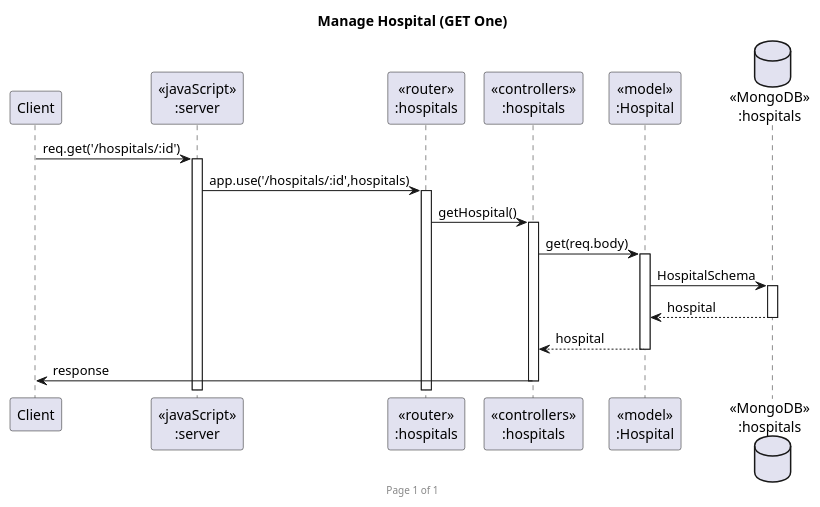
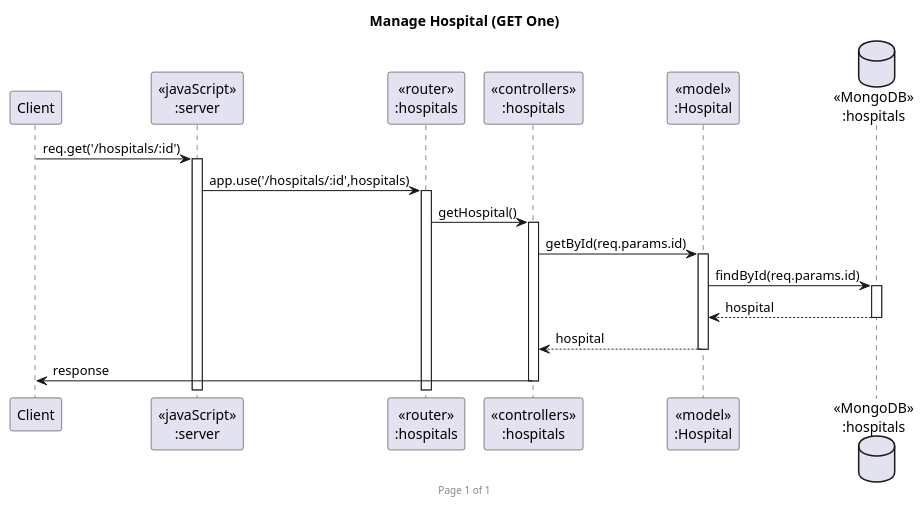
Before and after one commit to JirayutP/SE_Dev: the diagram in VacQ/VacQSeq_getone.puml, drawn with PlantUML. The commit also changed 5 other files, not shown here.

```diff
--- a/VacQ/VacQSeq_getone.puml
+++ b/VacQ/VacQSeq_getone.puml
@@ -1,22 +1,22 @@
 @startuml Manage Hospital (GET One)
 
 footer Page %page% of %lastpage%
 title "Manage Hospital (GET One)"
 
 participant "Client" as client
 participant "<<javaScript>>\n:server" as server
 participant "<<router>>\n:hospitals" as routerHospitals
 participant "<<controllers>>\n:hospitals" as controllersHospitals
 participant "<<model>>\n:Hospital" as modelHospital
 database "<<MongoDB>>\n:hospitals" as HospitalsDatabase
 
 client->server ++:req.get('/hospitals/:id')
 server->routerHospitals ++:app.use('/hospitals/:id',hospitals)
 routerHospitals -> controllersHospitals ++:getHospital()
-controllersHospitals->modelHospital ++:get(req.body)
-modelHospital ->HospitalsDatabase ++: HospitalSchema
+controllersHospitals->modelHospital ++:getById(req.params.id)
+modelHospital ->HospitalsDatabase ++: findById(req.params.id)
 HospitalsDatabase --> modelHospital --: hospital
 controllersHospitals <-- modelHospital --:hospital
 controllersHospitals->client --:response
 
 @enduml
```
